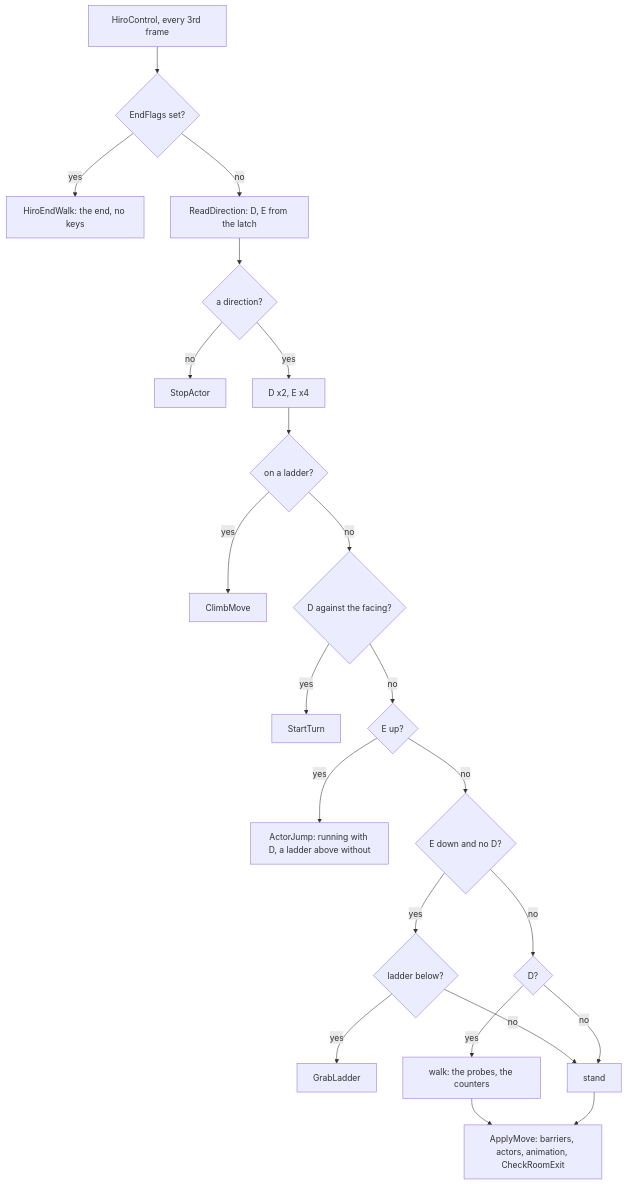
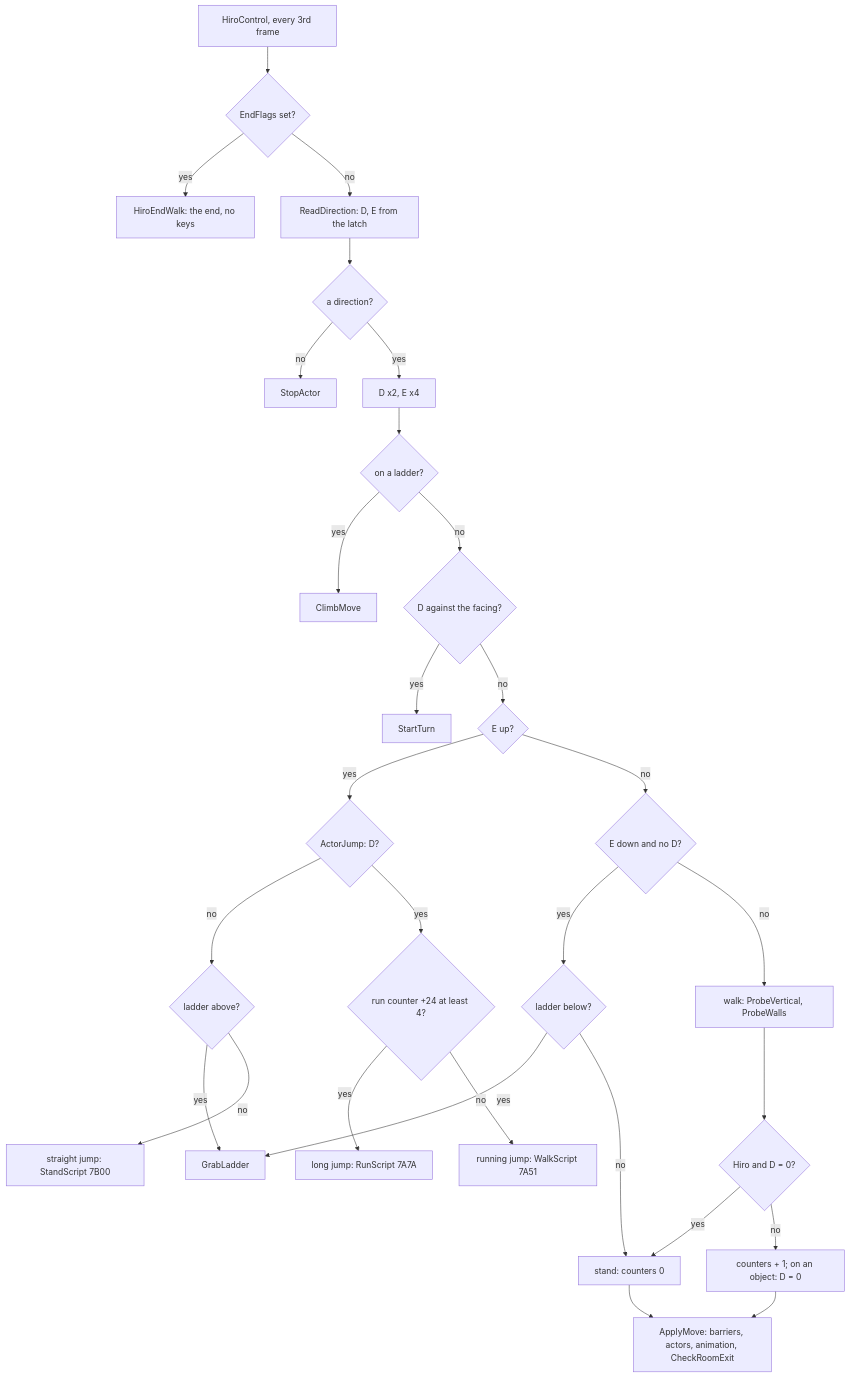
Before and after one commit to alfishe/unrealng-reverse-cases: the fifth of 9 diagrams in games/switchblade/docs/05-controls.md, drawn with Mermaid. The commit also changed other lines of this file and 47 other files, not shown here.

````diff
--- a/games/switchblade/docs/05-controls.md
+++ b/games/switchblade/docs/05-controls.md
@@ -616,24 +645,31 @@
 ```mermaid
 flowchart TD
     A[HiroControl, every 3rd frame] --> B{EndFlags set?}
     B -- yes --> W[HiroEndWalk: the end, no keys]
     B -- no --> C[ReadDirection: D, E from the latch]
     C --> D{a direction?}
     D -- no --> S[StopActor]
     D -- yes --> E["D x2, E x4"]
     E --> F{on a ladder?}
     F -- yes --> L[ClimbMove]
     F -- no --> G{D against the facing?}
     G -- yes --> T[StartTurn]
     G -- no --> H{E up?}
-    H -- yes --> J[ActorJump: running with D, a ladder above without]
+    H -- yes --> J{ActorJump: D?}
+    J -- no --> LA{ladder above?}
+    LA -- yes --> GL[GrabLadder]
+    LA -- no --> JS[straight jump: StandScript 7B00]
+    J -- yes --> RC{run counter +24 at least 4?}
+    RC -- yes --> JL[long jump: RunScript 7A7A]
+    RC -- no --> JR[running jump: WalkScript 7A51]
     H -- no --> I{E down and no D?}
     I -- yes --> K{ladder below?}
-    K -- yes --> GL[GrabLadder]
-    K -- no --> ST[stand]
-    I -- no --> M{D?}
-    M -- yes --> WK[walk: the probes, the counters]
-    M -- no --> ST
-    WK --> AP[ApplyMove: barriers, actors, animation, CheckRoomExit]
+    K -- yes --> GL
+    K -- no --> ST[stand: counters 0]
+    I -- no --> WK[walk: ProbeVertical, ProbeWalls]
+    WK --> M{Hiro and D = 0?}
+    M -- yes --> ST
+    M -- no --> CN[counters + 1; on an object: D = 0]
+    CN --> AP[ApplyMove: barriers, actors, animation, CheckRoomExit]
     ST --> AP
 ```
````
